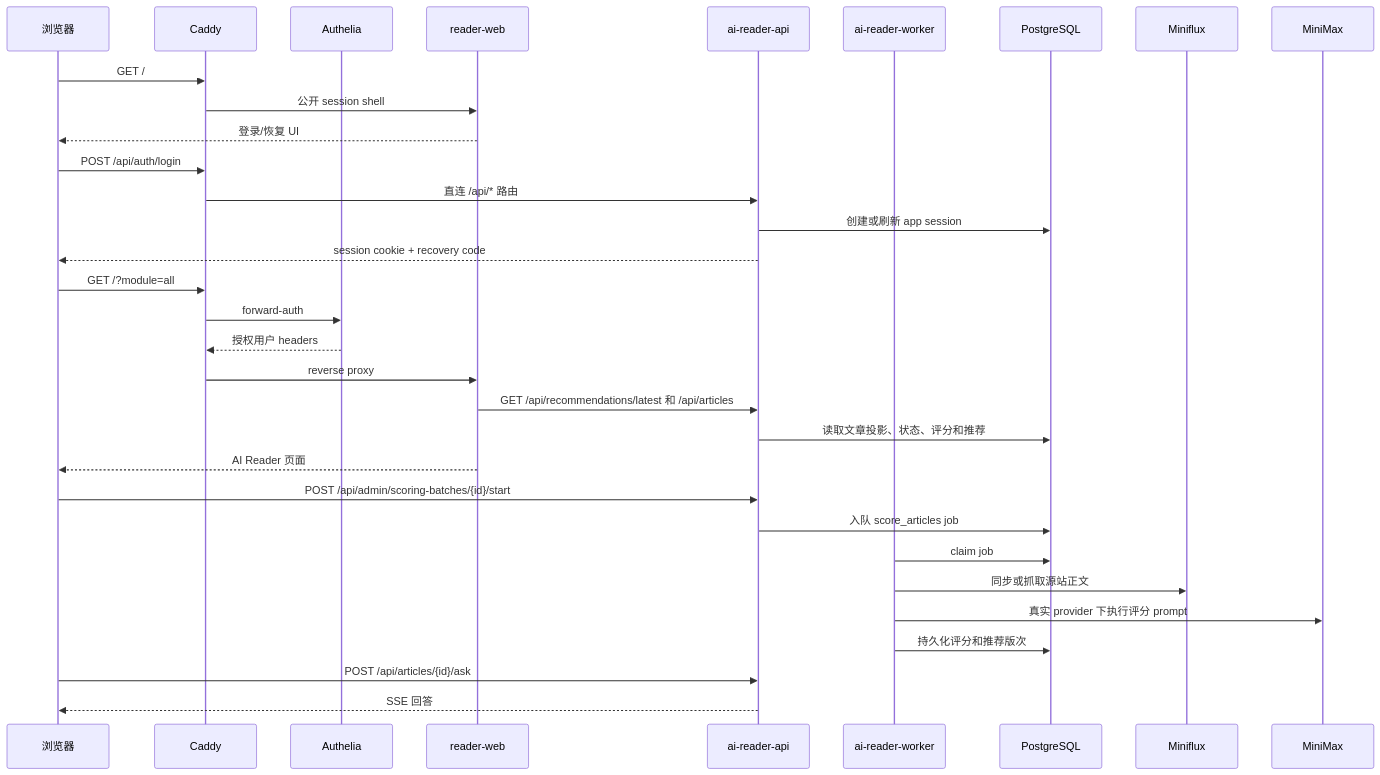
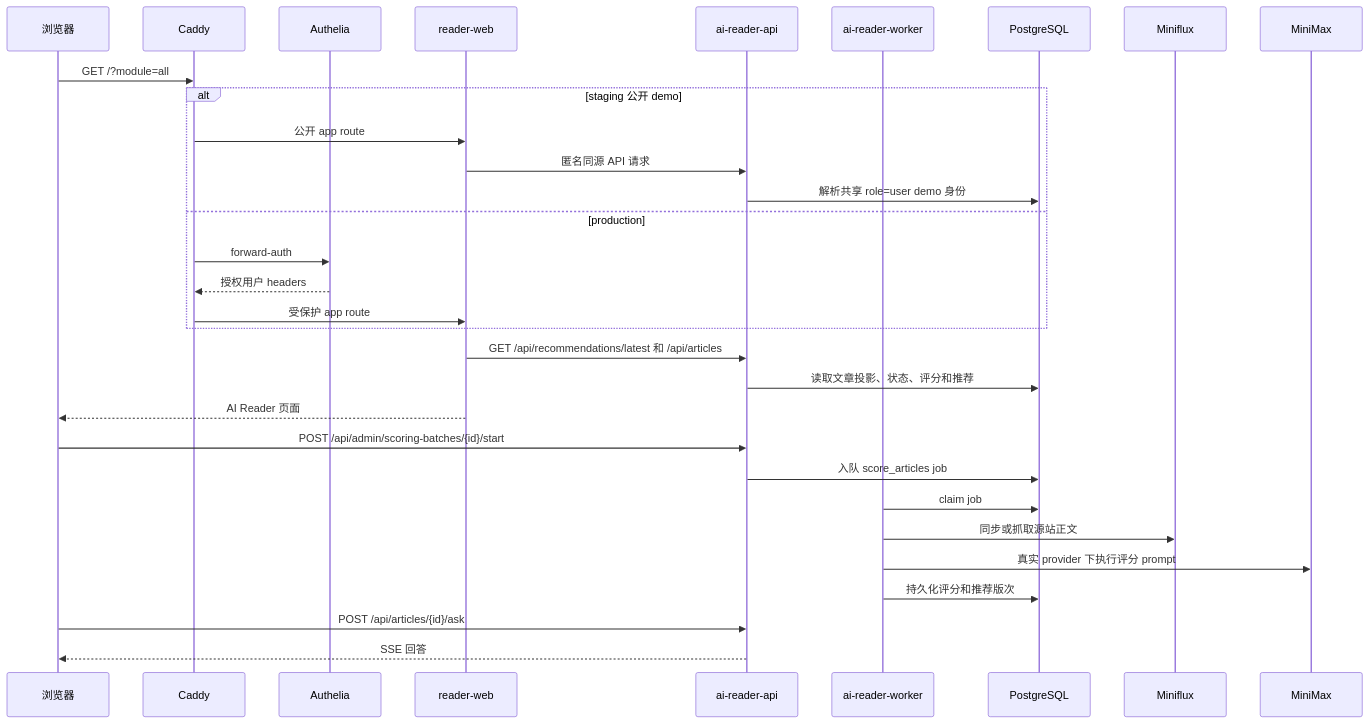
One commit to blankhoney/reno_rss changed the diagram in TECHNICAL.zh-CN.md. Above: the diagram before and after it, drawn with Mermaid. The commit also changed other lines of this file and 5 other files, not shown here.

````diff
--- a/TECHNICAL.zh-CN.md
+++ b/TECHNICAL.zh-CN.md
@@ -21,38 +21,35 @@
 ```mermaid
 sequenceDiagram
   participant Browser as 浏览器
   participant Caddy
   participant Authelia
   participant Reader as reader-web
   participant API as ai-reader-api
   participant Worker as ai-reader-worker
   participant DB as PostgreSQL
   participant Miniflux
   participant LLM as MiniMax
 
-  Browser->>Caddy: GET /
-  Caddy->>Reader: 公开 session shell
-  Reader-->>Browser: 登录/恢复 UI
-
-  Browser->>Caddy: POST /api/auth/login
-  Caddy->>API: 直连 /api/* 路由
-  API->>DB: 创建或刷新 app session
-  API-->>Browser: session cookie + recovery code
-
   Browser->>Caddy: GET /?module=all
-  Caddy->>Authelia: forward-auth
-  Authelia-->>Caddy: 授权用户 headers
-  Caddy->>Reader: reverse proxy
+  alt staging 公开 demo
+    Caddy->>Reader: 公开 app route
+    Reader->>API: 匿名同源 API 请求
+    API->>DB: 解析共享 role=user demo 身份
+  else production
+    Caddy->>Authelia: forward-auth
+    Authelia-->>Caddy: 授权用户 headers
+    Caddy->>Reader: 受保护 app route
+  end
   Reader->>API: GET /api/recommendations/latest 和 /api/articles
   API->>DB: 读取文章投影、状态、评分和推荐
   Reader-->>Browser: AI Reader 页面
 
   Browser->>API: POST /api/admin/scoring-batches/{id}/start
   API->>DB: 入队 score_articles job
   Worker->>DB: claim job
   Worker->>Miniflux: 同步或抓取源站正文
   Worker->>LLM: 真实 provider 下执行评分 prompt
   Worker->>DB: 持久化评分和推荐版次
   Browser->>API: POST /api/articles/{id}/ask
   API-->>Browser: SSE 回答
 ```
````
